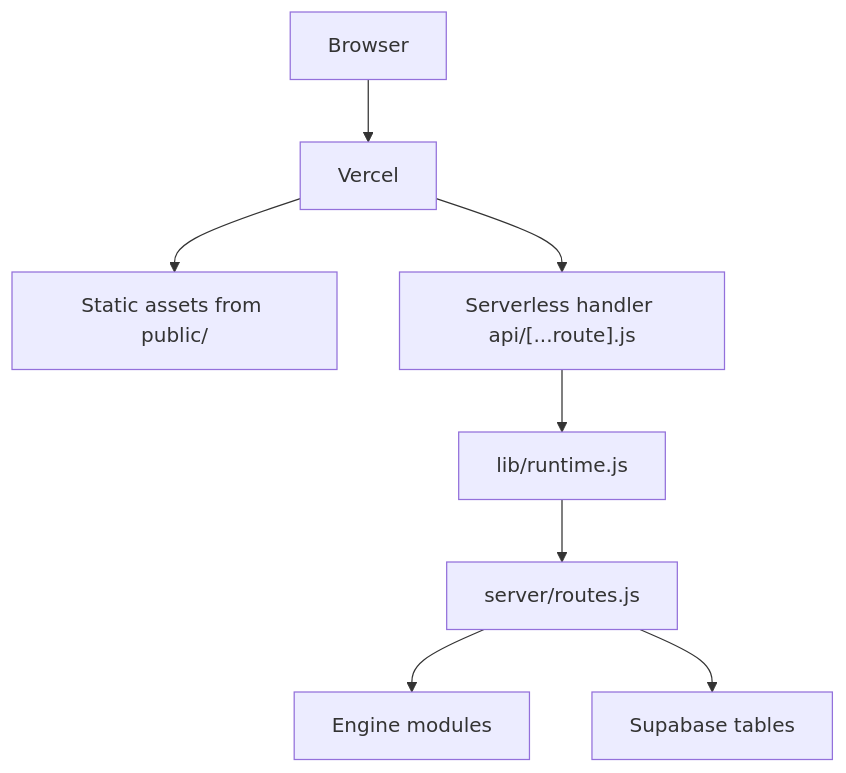
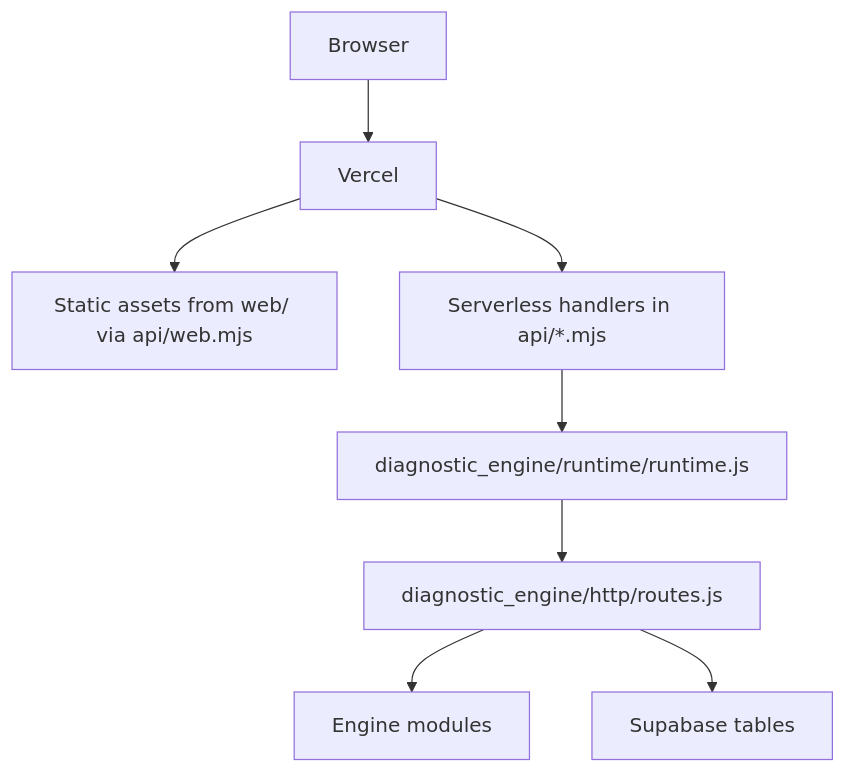
Before and after one commit to prnvh/diagnostic-engine: the third of 3 diagrams in SYSTEM_ARCHITECTURE.md, drawn with Mermaid. The commit also changed other lines of this file and 74 other files, not shown here.

````diff
--- a/SYSTEM_ARCHITECTURE.md
+++ b/SYSTEM_ARCHITECTURE.md
@@ -429,10 +438,10 @@
 ```mermaid
 flowchart TB
     Browser["Browser"] --> Vercel["Vercel"]
-    Vercel --> Static["Static assets from public/"]
-    Vercel --> Func["Serverless handler api/[...route].js"]
-    Func --> Runtime["lib/runtime.js"]
-    Runtime --> Routes["server/routes.js"]
+    Vercel --> Static["Static assets from web/ via api/web.mjs"]
+    Vercel --> Func["Serverless handlers in api/*.mjs"]
+    Func --> Runtime["diagnostic_engine/runtime/runtime.js"]
+    Runtime --> Routes["diagnostic_engine/http/routes.js"]
     Routes --> Engine["Engine modules"]
     Routes --> Supabase["Supabase tables"]
 ```
````
